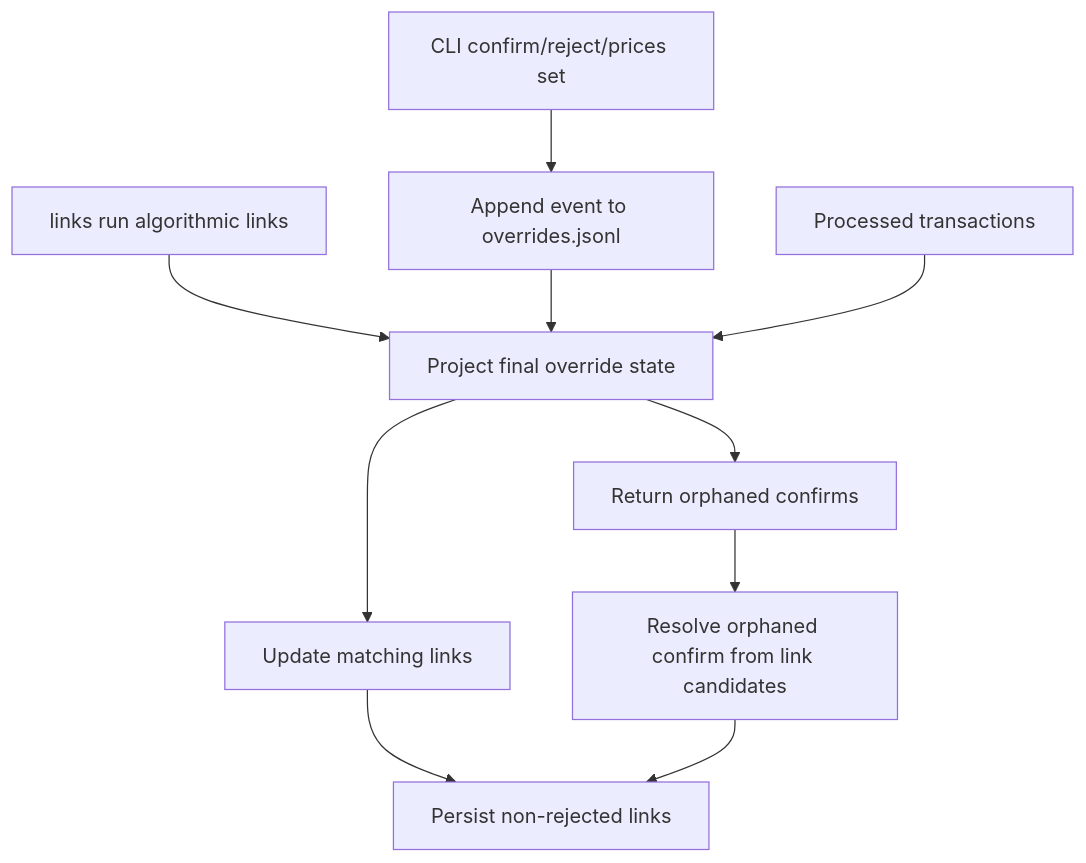
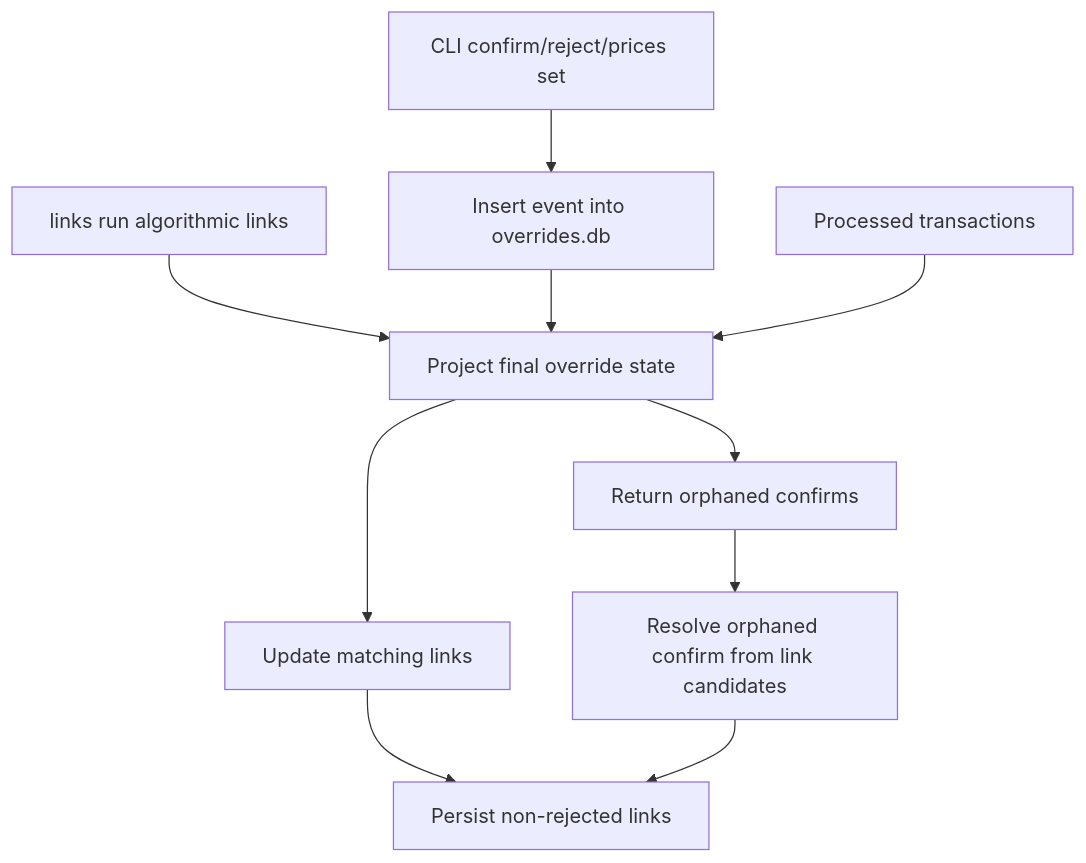
Before and after one commit to jbelanger/exitbook: the diagram in docs/specs/override-event-store-and-replay.md, drawn with Mermaid. The commit also changed other lines of this file and 33 other files, not shown here.

````diff
--- a/docs/specs/override-event-store-and-replay.md
+++ b/docs/specs/override-event-store-and-replay.md
@@ -209,12 +231,12 @@
 ```mermaid
 graph TD
-    A["CLI confirm/reject/prices set"] --> B["Append event to overrides.jsonl"]
+    A["CLI confirm/reject/prices set"] --> B["Insert event into overrides.db"]
     C["links run algorithmic links"] --> D["Project final override state"]
     B --> D
     E["Processed transactions"] --> D
     D --> F["Update matching links"]
     D --> G["Return orphaned confirms"]
     G --> H["Resolve orphaned confirm from link candidates"]
     F --> I["Persist non-rejected links"]
     H --> I
 ```
````
